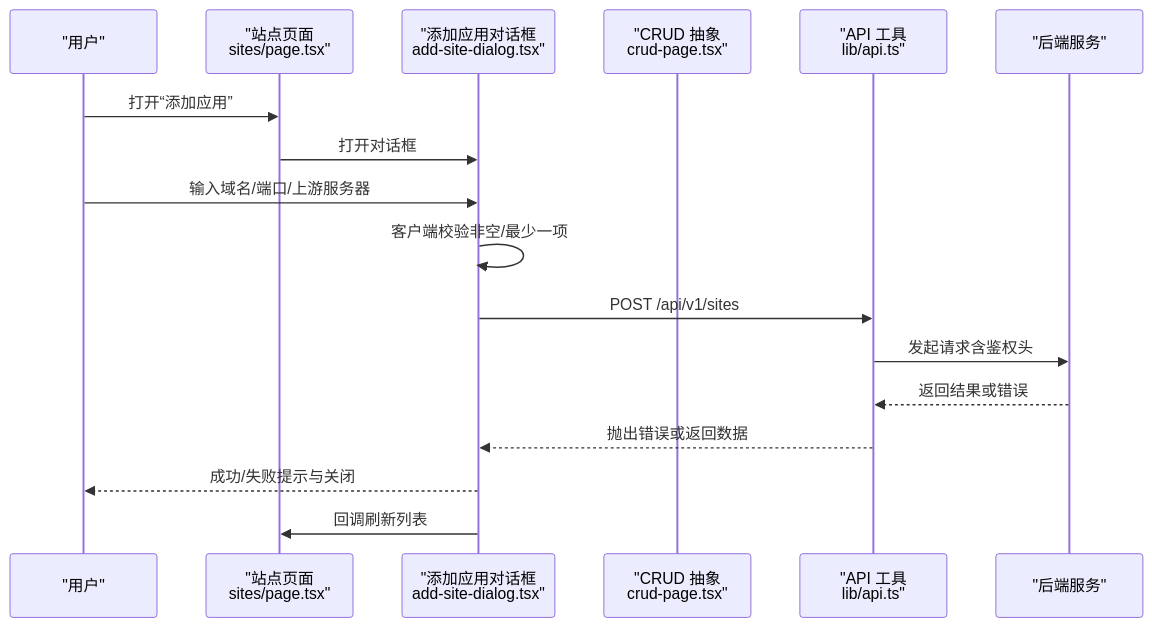
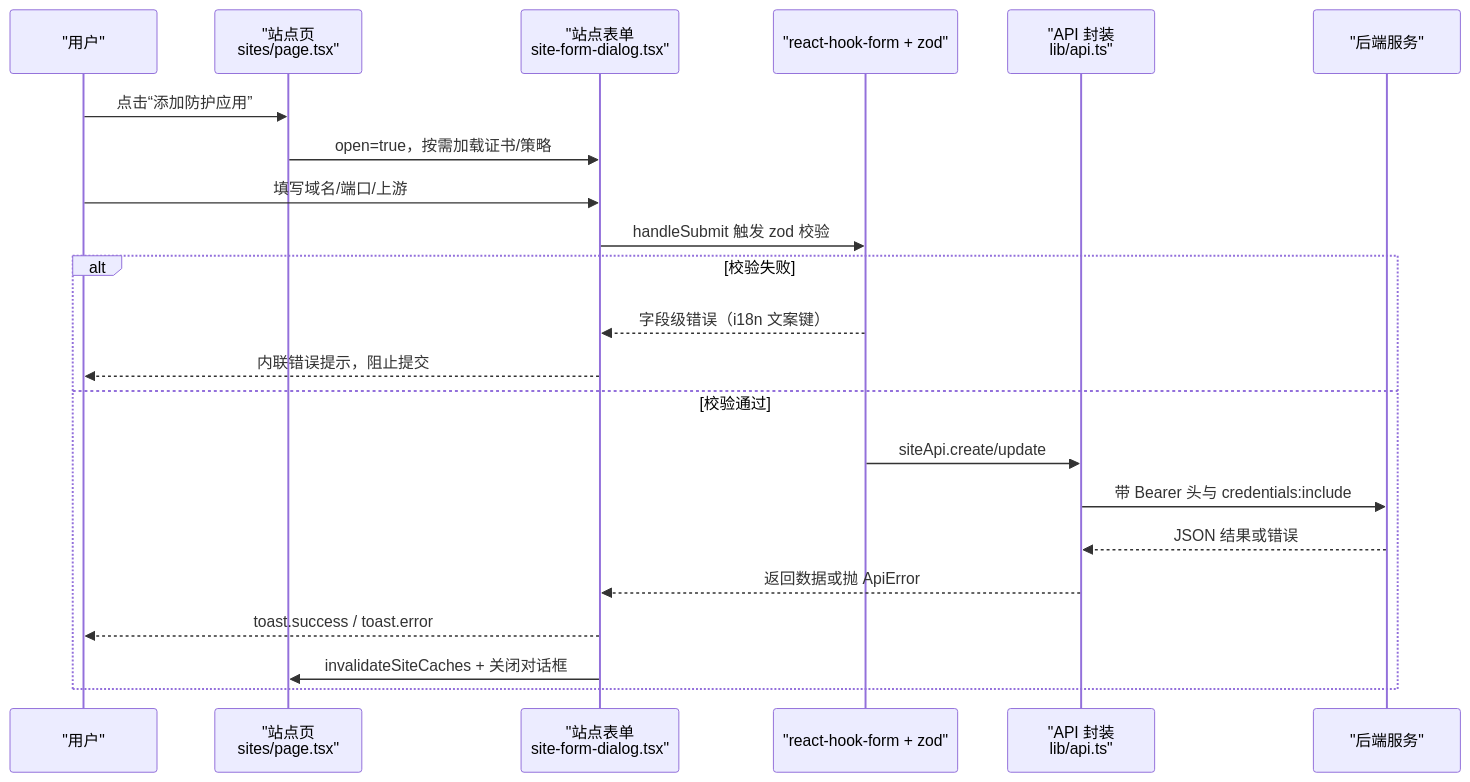
Before and after one commit to x01n/My-OpenWaf: the second of 4 diagrams in docs/前端管理界面/用户交互设计.md, drawn with Mermaid. The commit also changed other lines of this file and 622 other files, not shown here.

````diff
--- a/docs/前端管理界面/用户交互设计.md
+++ b/docs/前端管理界面/用户交互设计.md
@@ -146,19 +118,24 @@
 ```mermaid
 sequenceDiagram
 participant U as "用户"
-participant P as "站点页面<br/>sites/page.tsx"
-participant D as "添加应用对话框<br/>add-site-dialog.tsx"
-participant C as "CRUD 抽象<br/>crud-page.tsx"
-participant A as "API 工具<br/>lib/api.ts"
+participant P as "站点页<br/>sites/page.tsx"
+participant F as "站点表单<br/>site-form-dialog.tsx"
+participant H as "react-hook-form + zod"
+participant A as "API 封装<br/>lib/api.ts"
 participant S as "后端服务"
-U->>P : 打开“添加应用”
-P->>D : 打开对话框
-U->>D : 输入域名/端口/上游服务器
-D->>D : 客户端校验非空/最少一项
-D->>A : POST /api/v1/sites
-A->>S : 发起请求含鉴权头
-S-->>A : 返回结果或错误
-A-->>D : 抛出错误或返回数据
-D-->>U : 成功/失败提示与关闭
-D->>P : 回调刷新列表
+U->>P : 点击“添加防护应用”
+P->>F : open=true，按需加载证书/策略
+U->>F : 填写域名/端口/上游
+F->>H : handleSubmit 触发 zod 校验
+alt 校验失败
+H-->>F : 字段级错误（i18n 文案键）
+F-->>U : 内联错误提示，阻止提交
+else 校验通过
+H->>A : siteApi.create/update
+A->>S : 带 Bearer 头与 credentials:include
+S-->>A : JSON 结果或错误
+A-->>F : 返回数据或抛 ApiError
+F-->>U : toast.success / toast.error
+F->>P : invalidateSiteCaches + 关闭对话框
+end
 ```
````
